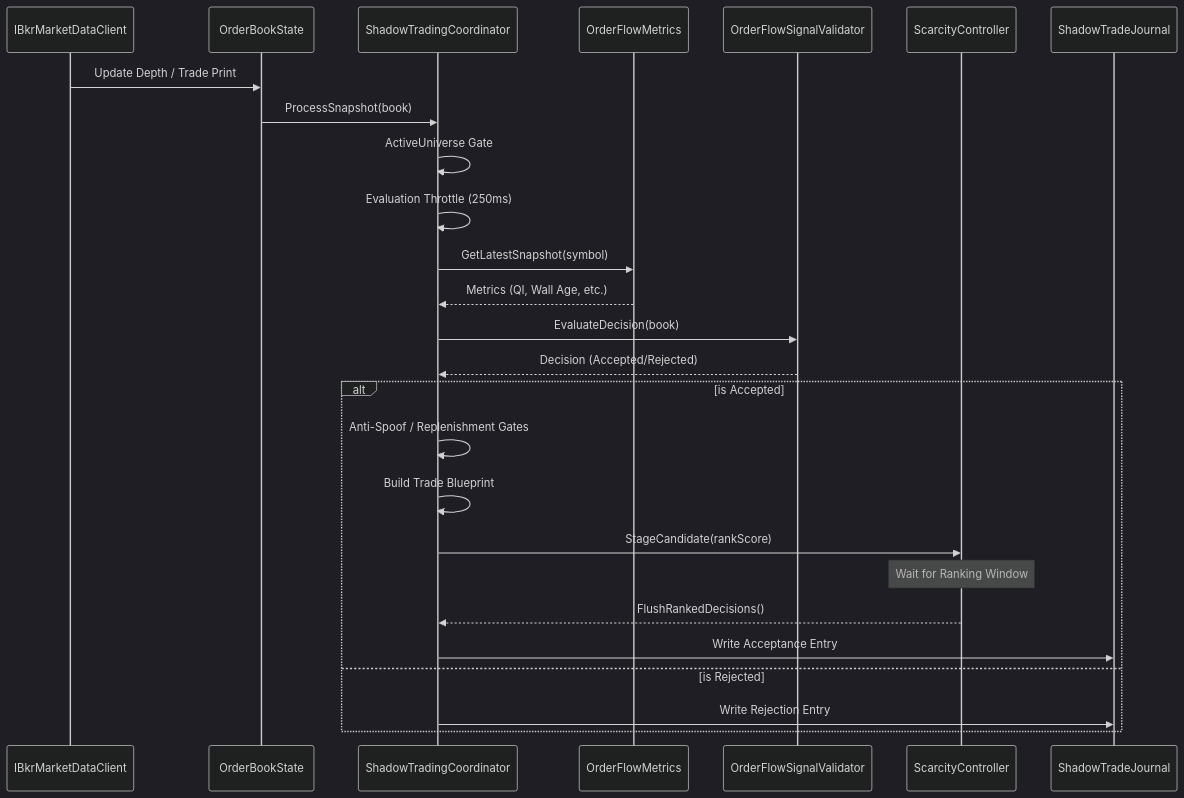
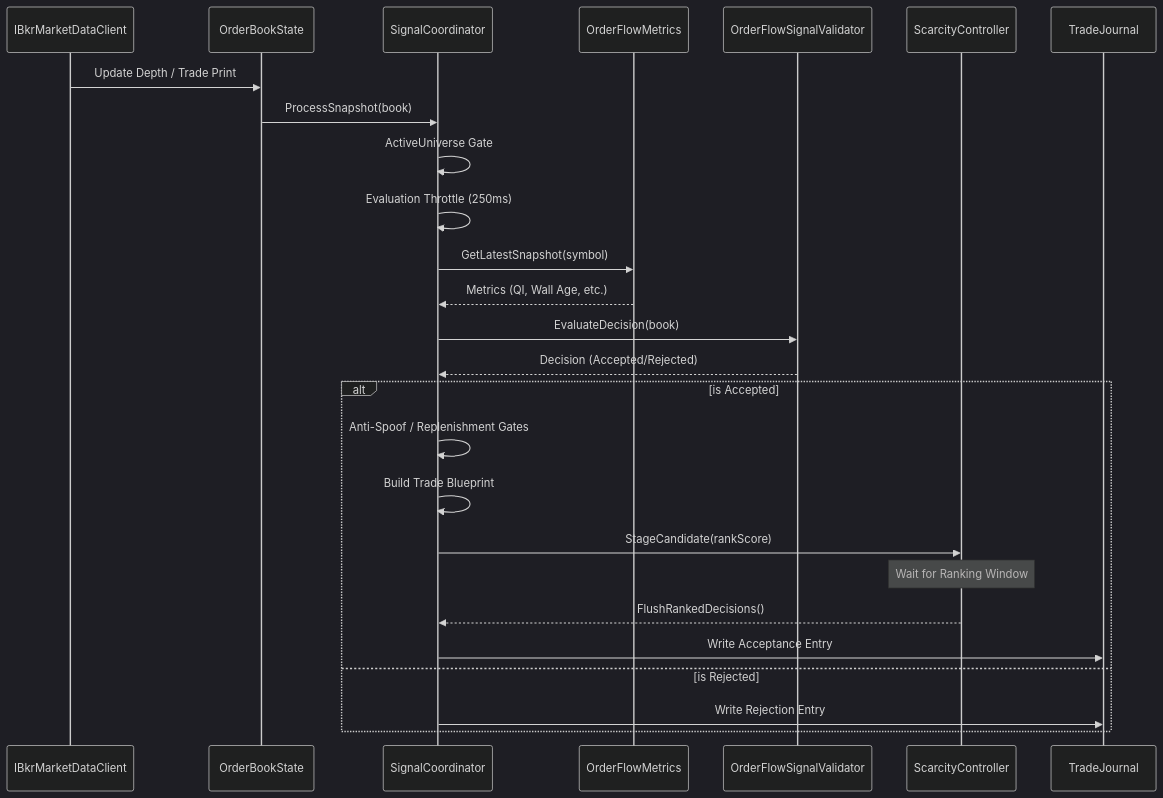
The second of 6 diagrams in CODEBASE_FLOW.md (kailasammoni/RamStockAlerts), drawn with Mermaid (dark theme) before and after one commit. The commit also changed other lines of this file and 49 other files, not shown here.

First line of the commit message:
Refactor Shadow Trading to Signals

````diff
--- a/CODEBASE_FLOW.md
+++ b/CODEBASE_FLOW.md
@@ -35,32 +35,32 @@
 ```mermaid
 sequenceDiagram
     participant IBKR as IBkrMarketDataClient
     participant OBS as OrderBookState
-    participant STC as ShadowTradingCoordinator
+    participant STC as SignalCoordinator
     participant OFM as OrderFlowMetrics
     participant OFV as OrderFlowSignalValidator
     participant SC as ScarcityController
-    participant Journal as ShadowTradeJournal
+    participant Journal as TradeJournal
 
     IBKR->>OBS: Update Depth / Trade Print
     OBS->>STC: ProcessSnapshot(book)
     STC->>STC: ActiveUniverse Gate
     STC->>STC: Evaluation Throttle (250ms)
 
     STC->>OFM: GetLatestSnapshot(symbol)
     OFM-->>STC: Metrics (QI, Wall Age, etc.)
 
     STC->>OFV: EvaluateDecision(book)
     OFV-->>STC: Decision (Accepted/Rejected)
 
     alt is Accepted
         STC->>STC: Anti-Spoof / Replenishment Gates
         STC->>STC: Build Trade Blueprint
         STC->>SC: StageCandidate(rankScore)
         Note over SC: Wait for Ranking Window
         SC-->>STC: FlushRankedDecisions()
         STC->>Journal: Write Acceptance Entry
     else is Rejected
         STC->>Journal: Write Rejection Entry
     end
 ```
````
